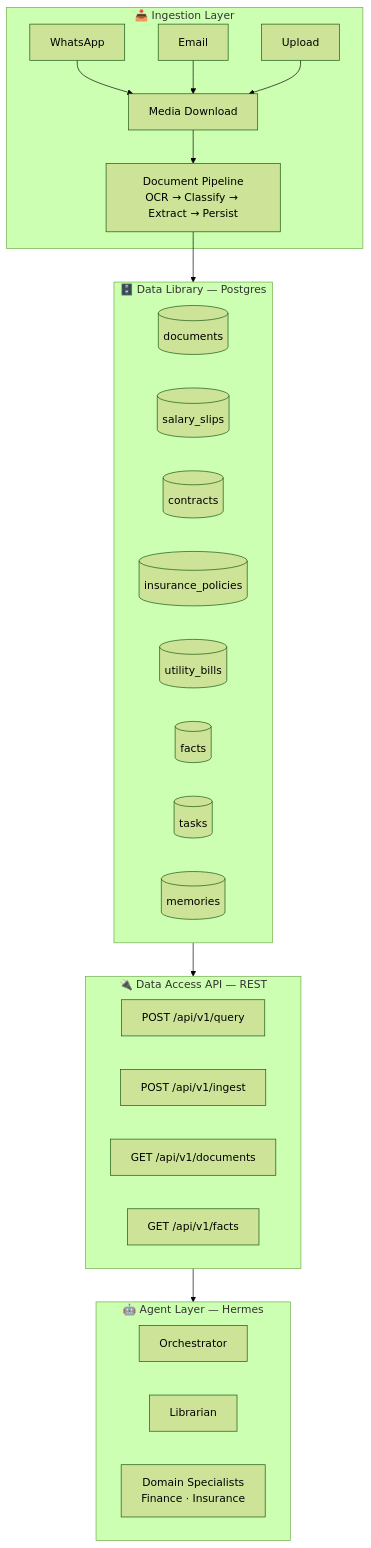
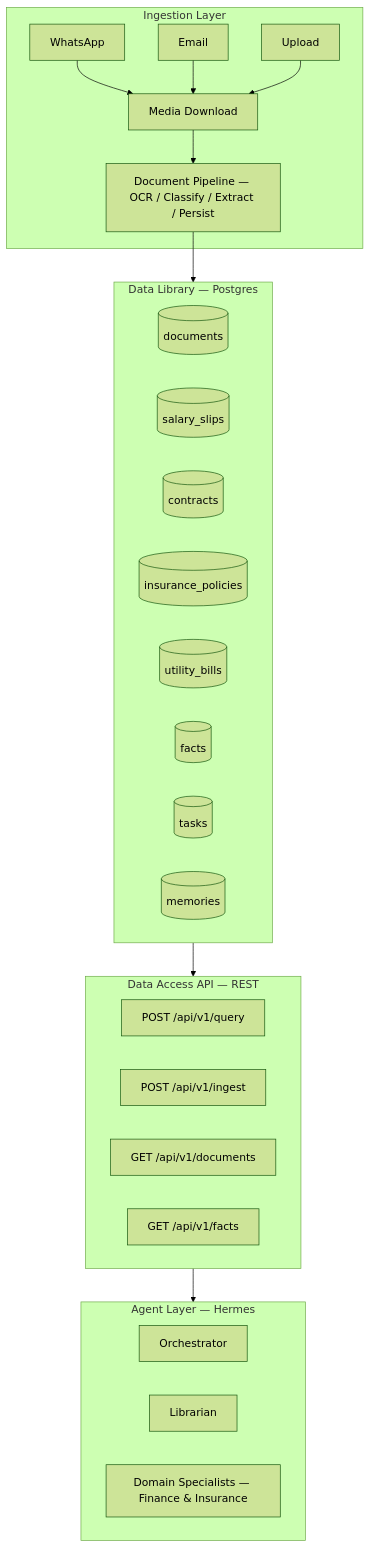
Before and after one commit to TDoGoodT/fortress-family-docs: the diagram in docs/architecture/overview.md, drawn with Mermaid (forest theme). The commit also changed 2 other files, not shown here.

Commit message:
fix: remove emojis and newlines from mermaid node labels (parse errors)

````diff
--- a/docs/architecture/overview.md
+++ b/docs/architecture/overview.md
@@ -7,40 +7,40 @@
 ```mermaid
 flowchart TB
-    subgraph INGESTION["📥 Ingestion Layer"]
+    subgraph INGESTION["Ingestion Layer"]
         WA[WhatsApp]
         EM[Email]
         UP[Upload]
         DL[Media Download]
-        DP["Document Pipeline\nOCR → Classify → Extract → Persist"]
+        DP["Document Pipeline — OCR / Classify / Extract / Persist"]
     end
 
-    subgraph LIBRARY["🗄️ Data Library — Postgres"]
+    subgraph LIBRARY["Data Library — Postgres"]
         direction LR
         T1[(documents)]
         T2[(salary_slips)]
         T3[(contracts)]
         T4[(insurance_policies)]
         T5[(utility_bills)]
         T6[(facts)]
         T7[(tasks)]
         T8[(memories)]
     end
 
-    subgraph API["🔌 Data Access API — REST"]
+    subgraph API["Data Access API — REST"]
         A1["POST /api/v1/query"]
         A2["POST /api/v1/ingest"]
         A3["GET /api/v1/documents"]
         A4["GET /api/v1/facts"]
     end
 
-    subgraph AGENTS["🤖 Agent Layer — Hermes"]
+    subgraph AGENTS["Agent Layer — Hermes"]
         direction LR
         AG1[Orchestrator]
         AG2[Librarian]
-        AG3["Domain Specialists\nFinance · Insurance"]
+        AG3["Domain Specialists — Finance & Insurance"]
     end
 
     WA & EM & UP --> DL --> DP --> LIBRARY
     LIBRARY --> API
     API --> AGENTS
 ```
````
